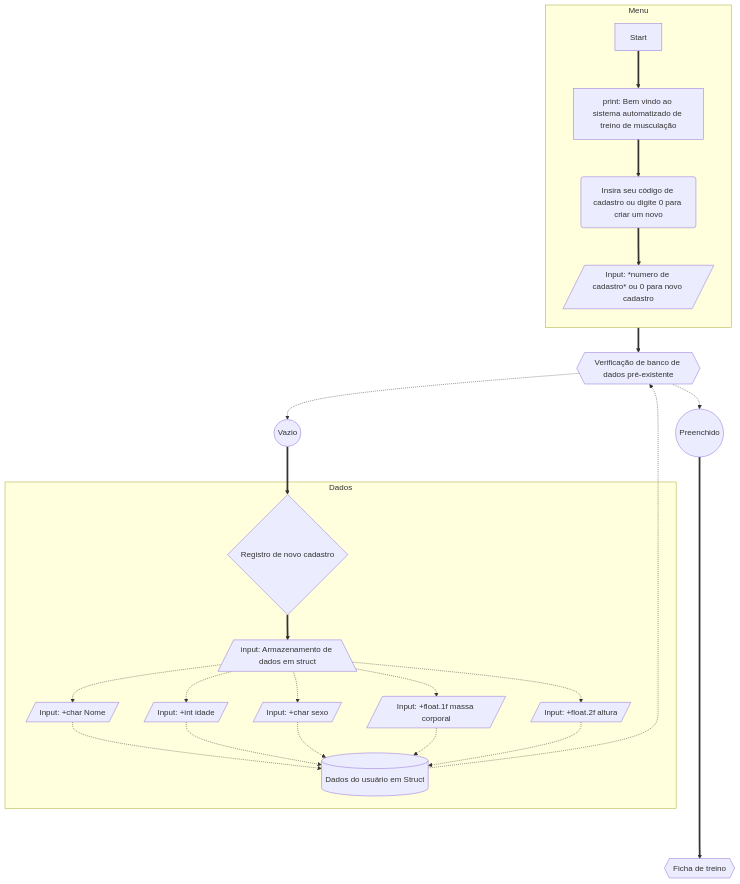
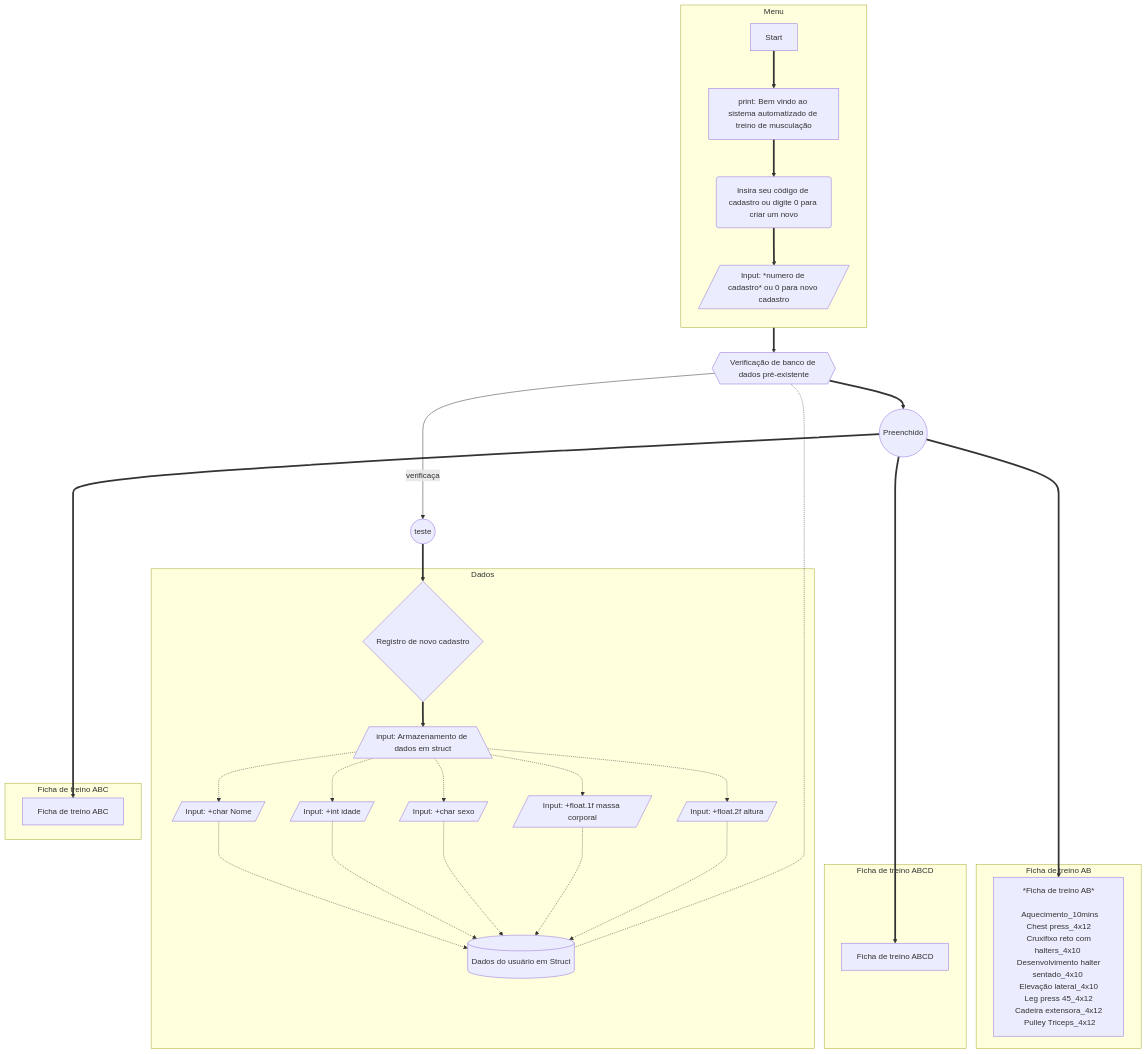
One commit to caio-passos/fichaacademia changed the second of 2 diagrams in readme.MD. Above: the diagram before and after it, drawn with Mermaid. The commit also changed 1 other file, not shown here.

Commit message:
v0.05: Projeto ficha academia
Melhorias no Flowchart(Em andamento)

````diff
--- a/readme.MD
+++ b/readme.MD
@@ -62,45 +62,66 @@
 ```mermaid    
     flowchart TB
     subgraph Menu
     direction TB
     Start ==> id1[print: Bem vindo ao sistema automatizado de treino de musculação]
     id1 ==> id2(Insira seu código de cadastro ou digite 0 para criar um novo)
     id2 ==>id3
     id3[/Input: *numero de cadastro* ou 0 para novo cadastro/]
     end
     id3 ==> id4
     id4{{Verificação de banco de dados pré-existente}}
-    b -..-> id4
-    id4 -.-> id13((Preenchido)) & id14((Vazio))
+    b -..- id4
+   
+    id4 ==verificaçao==> id14((teste))
    
    
    id14==> id5
    subgraph Dados
     id5{Registro de novo cadastro}
     id5 ==> id6   
     id6[/input: Armazenamento de dados em struct\]
     b[(Dados do usuário em Struct)]
     id6 -.-> id8 & id9 & id10 & id11 & id12
     id8 -.-> b
     id9 -.-> b
     id10 -.-> b
     id11 -.-> b
     id12 -.-> b
     end
   
     
     id8[/Input: +char Nome/]
     id9[/Input: +int idade/]
     id10[/Input: +char sexo/]
     id11[/Input: +float.1f massa corporal/]
     id12[/Input: +float.2f altura/]
+     
+    id4 ==> id13((Preenchido)) 
+
     
-    id13 =======> id15{{Ficha de treino}}
+    
+        id13 =======> id15{{Ficha de treino AB}}
+     subgraph Ficha de treino AB
+     id15[*Ficha de treino AB*\n\n Aquecimento_10mins\n Chest press_4x12 \n Cruxifixo reto com halters_4x10 \n Desenvolvimento halter sentado_4x10 \n Elevação lateral_4x10 \n Leg press 45_4x12 \n Cadeira extensora_4x12 \n Pulley Triceps_4x12]
+    end
+    
+   
+        id13 ======> id17{{Ficha de treino ABC}}
+      subgraph Ficha de treino ABC
+      id17[Ficha de treino ABC]
+    end
+    
+    
+        id13 =======> id18{{Ficha de treino ABCD}}
+    subgraph Ficha de treino ABCD
+    id18[Ficha de treino ABCD]
+    end
+    
     
     
     
     
     
 
     
  ```
````
